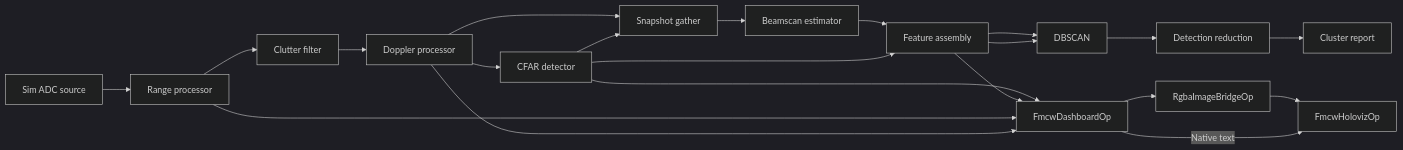
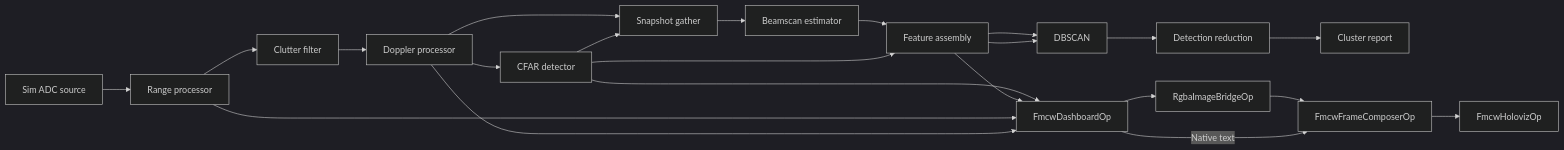
The diagram in applications/fmcw/simo/README.md (nvidia-holoscan/holoscan-radar), drawn with Mermaid (dark theme) before and after one commit. The commit also changed 15 other files, not shown here.

````diff
--- a/applications/fmcw/simo/README.md
+++ b/applications/fmcw/simo/README.md
@@ -5,15 +5,15 @@
 ```mermaid
 flowchart LR
     Source[Sim ADC source] --> Range[Range processor] --> Clutter[Clutter filter] --> Doppler[Doppler processor]
     Doppler --> CFAR[CFAR detector]
     Doppler --> Gather[Snapshot gather]
     CFAR --> Gather --> Beamscan[Beamscan estimator] --> Features[Feature assembly]
     CFAR --> Features --> Cluster[DBSCAN] --> Reduce[Detection reduction] --> Report[Cluster report]
     Features --> Cluster
     CFAR --> Dashboard[FmcwDashboardOp]
     Features --> Dashboard
     Range --> Dashboard
     Doppler --> Dashboard
-    Dashboard --> Image[RgbaImageBridgeOp] --> Holoviz[FmcwHolovizOp]
-    Dashboard -->|Native text| Holoviz
+    Dashboard --> Image[RgbaImageBridgeOp] --> Frame[FmcwFrameComposerOp] --> Holoviz[FmcwHolovizOp]
+    Dashboard -->|Native text| Frame
 ```
````
